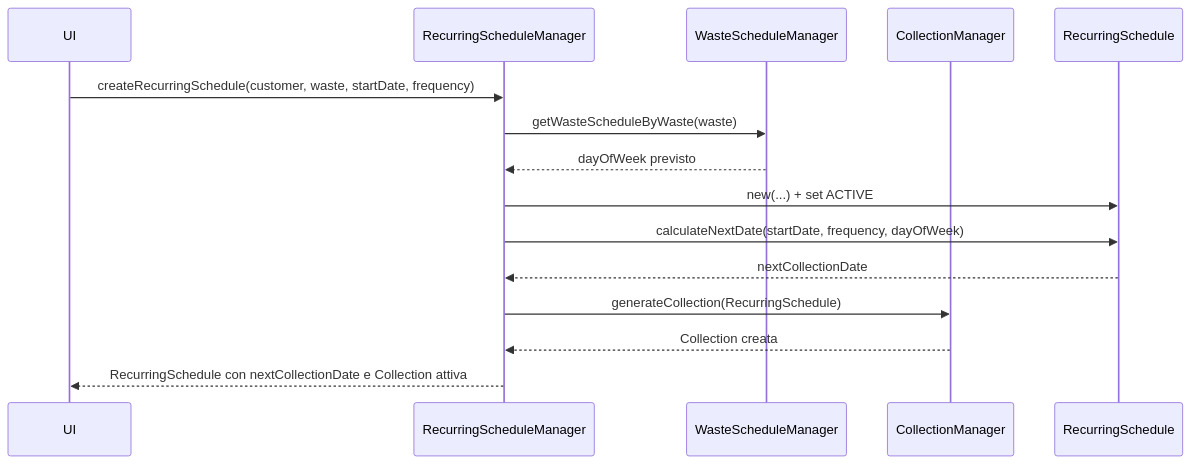
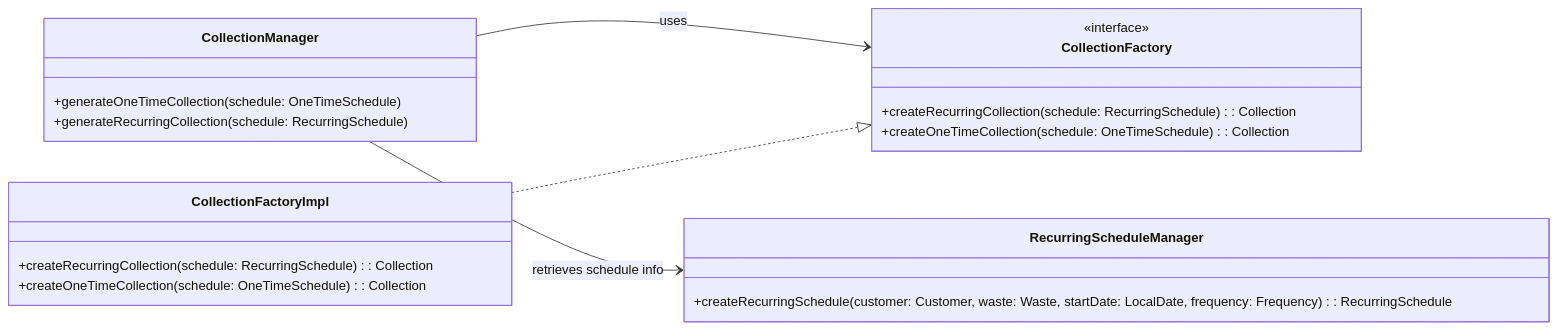
The tenth of 13 diagrams in report.md (Alex-Cambrini/pss24-25-WasteMaster-Cambrini-Ferrari-Ragazzini), drawn with Mermaid before and after one commit. The commit also changed other lines of this file, not shown here.

Commit message:
refactor: improve detailed design for collection scheduling and management

````diff
--- a/report.md
+++ b/report.md
@@ -676,21 +586,33 @@
 ```mermaid
-sequenceDiagram
-    participant UI
-    participant RecurringScheduleManager as RecurringScheduleManager
-    participant WasteScheduleManager as WasteScheduleManager
-    participant CollectionManager as CollectionManager
-    participant RecurringSchedule as RecurringSchedule
-    
-    UI ->> RecurringScheduleManager: createRecurringSchedule(customer, waste, startDate, frequency)
-    RecurringScheduleManager ->> WasteScheduleManager: getWasteScheduleByWaste(waste)
-    WasteScheduleManager -->> RecurringScheduleManager: dayOfWeek previsto
-    
-    RecurringScheduleManager ->> RecurringSchedule: new(...) + set ACTIVE
-    RecurringScheduleManager ->> RecurringSchedule: calculateNextDate(startDate, frequency, dayOfWeek)
-    RecurringSchedule -->> RecurringScheduleManager: nextCollectionDate
-    
-    RecurringScheduleManager ->> CollectionManager: generateCollection(RecurringSchedule)
-    CollectionManager -->> RecurringScheduleManager: Collection creata
-    
-    RecurringScheduleManager -->> UI: RecurringSchedule con nextCollectionDate e Collection attiva
+classDiagram
+    direction LR
+
+    %% Manager
+    class CollectionManager {
+        +generateOneTimeCollection(schedule: OneTimeSchedule)
+        +generateRecurringCollection(schedule: RecurringSchedule)
+    }
+
+    class RecurringScheduleManager {
+        +createRecurringSchedule(customer: Customer, waste: Waste, startDate: LocalDate, frequency: Frequency): RecurringSchedule
+    }
+
+    %% Factory
+    class CollectionFactory {
+        <<interface>>
+        +createRecurringCollection(schedule: RecurringSchedule): Collection
+        +createOneTimeCollection(schedule: OneTimeSchedule): Collection
+    }
+
+    class CollectionFactoryImpl {
+        +createRecurringCollection(schedule: RecurringSchedule): Collection
+        +createOneTimeCollection(schedule: OneTimeSchedule): Collection
+    }
+
+    %% Relazioni
+    CollectionManager --> CollectionFactory : uses
+    CollectionFactoryImpl ..|> CollectionFactory
+    CollectionManager --> RecurringScheduleManager : retrieves schedule info
+
+
 ```
````
